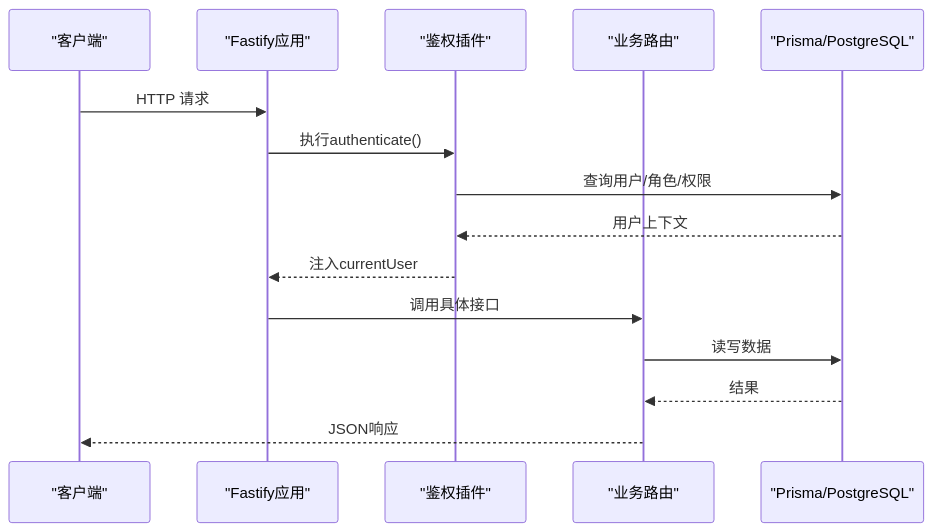
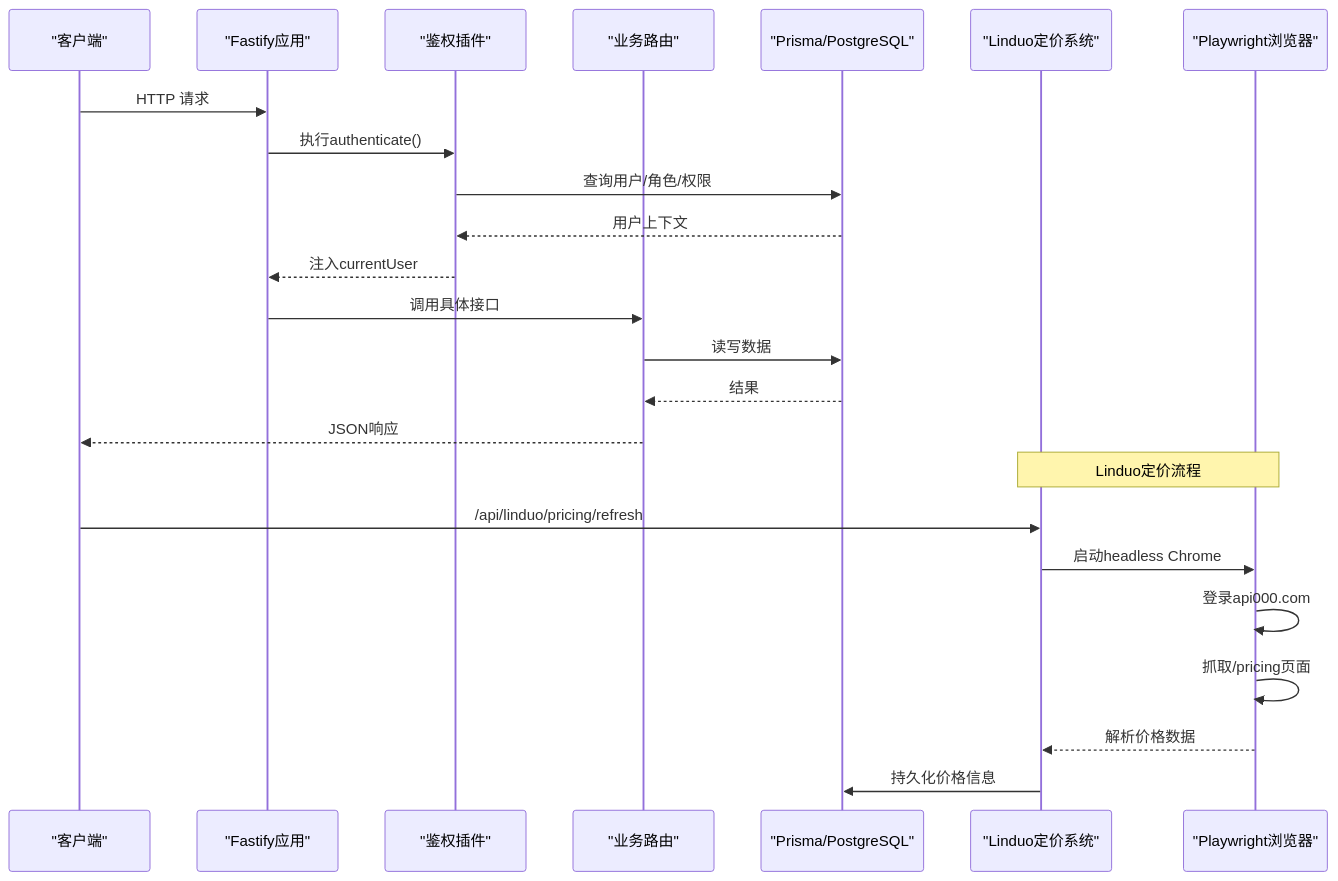
The second of 7 diagrams in .qoder/repowiki/zh/content/核心服务/后端服务器基础设施.md (iljahofbauer219-lang/yandu), drawn with Mermaid before and after one commit. The commit also changed other lines of this file and 340 other files, not shown here.

````diff
--- a/.qoder/repowiki/zh/content/核心服务/后端服务器基础设施.md
+++ b/.qoder/repowiki/zh/content/核心服务/后端服务器基础设施.md
@@ -80,17 +103,26 @@
 ```mermaid
 sequenceDiagram
 participant Client as "客户端"
 participant App as "Fastify应用"
 participant Auth as "鉴权插件"
 participant Route as "业务路由"
 participant DB as "Prisma/PostgreSQL"
+participant Linduo as "Linduo定价系统"
+participant Browser as "Playwright浏览器"
 Client->>App : HTTP 请求
 App->>Auth : 执行authenticate()
 Auth->>DB : 查询用户/角色/权限
 DB-->>Auth : 用户上下文
 Auth-->>App : 注入currentUser
 App->>Route : 调用具体接口
 Route->>DB : 读写数据
 DB-->>Route : 结果
 Route-->>Client : JSON响应
+Note over Linduo,Browser : Linduo定价流程
+Client->>Linduo : /api/linduo/pricing/refresh
+Linduo->>Browser : 启动headless Chrome
+Browser->>Browser : 登录api000.com
+Browser->>Browser : 抓取/pricing页面
+Browser-->>Linduo : 解析价格数据
+Linduo->>DB : 持久化价格信息
 ```
````
